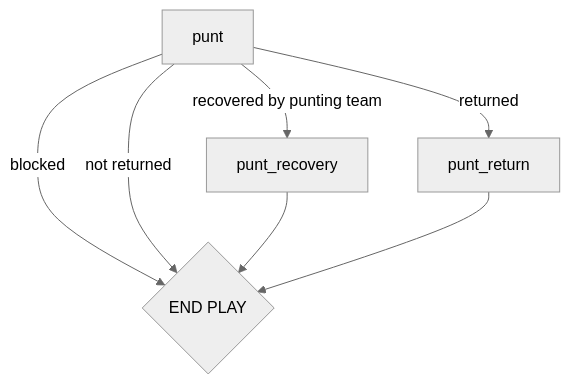
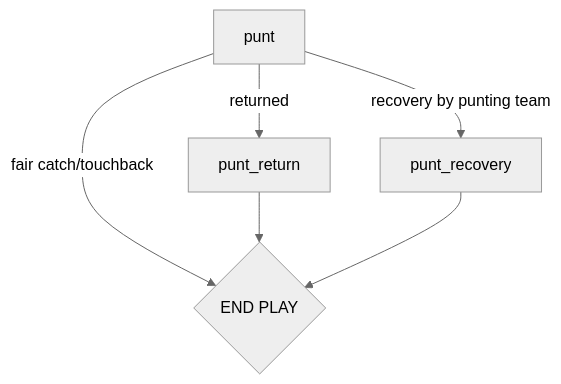
Before and after one commit to adam42739/nfl-sim: the sixth of 9 diagrams in docs/simulation.md, drawn with Mermaid (neutral theme). The commit also changed other lines of this file, not shown here.

Commit message:
docs: simulation flowchart organization

````diff
--- a/docs/simulation.md
+++ b/docs/simulation.md
@@ -67,10 +83,14 @@
 ```mermaid
 flowchart TD
 A[punt]
-A --> |blocked| B{END PLAY}
-A --> |returned| C[punt_return]
-A --> |not returned| B
-A --> |recovered by punting team| D[punt_recovery]
-D --> B
-C --> B
+B[punt_return]
+C[punt_recovery]
+D{END PLAY}
+
+A --> |returned| B
+A --> |recovery by punting team| C
+A --> |fair catch/touchback|D
+
+B --> D
+C --> D
 ```
````
